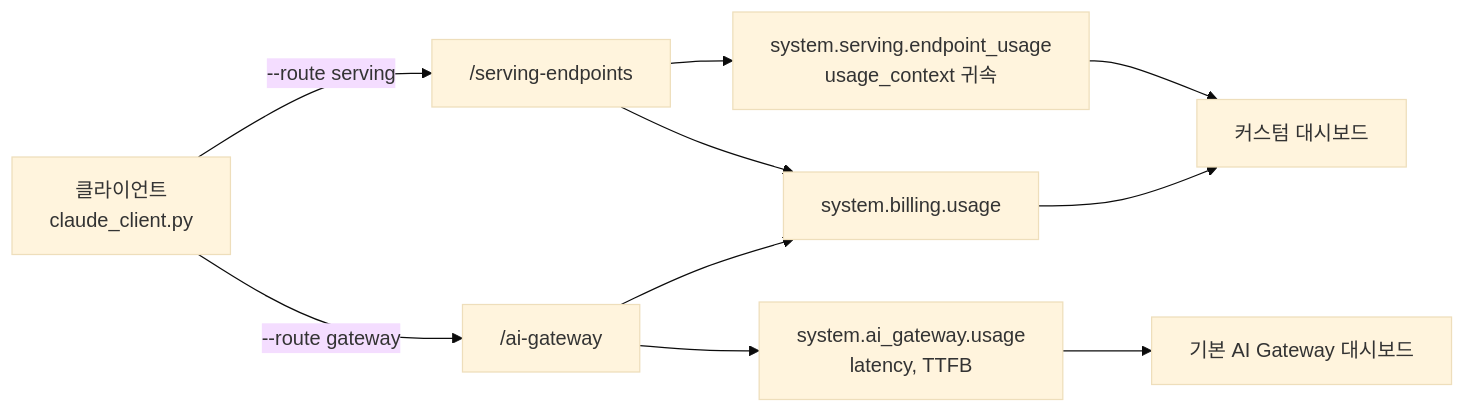
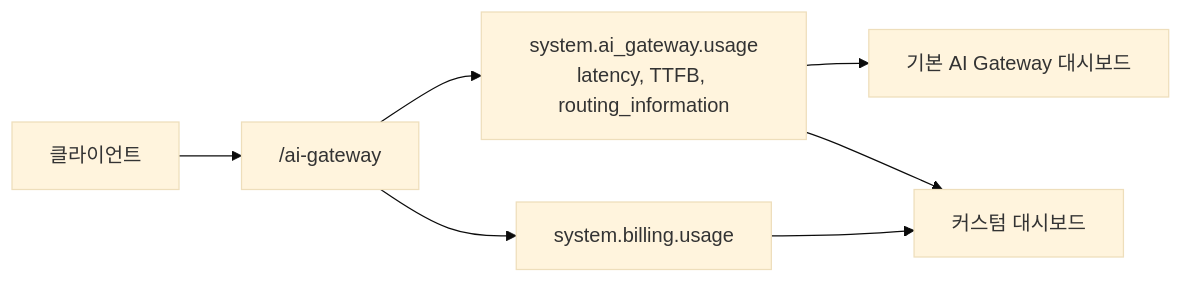
Before and after one commit to yunkyoungaum/ADB_guide: the first of 2 diagrams in source/guides/00-overview/README.md, drawn with Mermaid (base theme). The commit also changed other lines of this file and 10 other files, not shown here.

First line of the commit message:
docs: serving 라우트를 제거하고 AI Gateway 단일 경로로 재구성

````diff
--- a/source/guides/00-overview/README.md
+++ b/source/guides/00-overview/README.md
@@ -30,12 +27,9 @@
 ```mermaid
 flowchart LR
-    C[클라이언트<br/>claude_client.py] -->|--route serving| S["/serving-endpoints"]
-    C -->|--route gateway| G["/ai-gateway"]
-    S --> EU[system.serving.endpoint_usage<br/>usage_context 귀속]
-    G --> AG[system.ai_gateway.usage<br/>latency, TTFB]
-    S --> B[system.billing.usage]
-    G --> B
-    EU --> D1[커스텀 대시보드]
+    C[클라이언트] --> G["/ai-gateway"]
+    G --> AG[system.ai_gateway.usage<br/>latency, TTFB, routing_information]
+    G --> B[system.billing.usage]
     AG --> D2[기본 AI Gateway 대시보드]
+    AG --> D1[커스텀 대시보드]
     B --> D1
 ```
````
